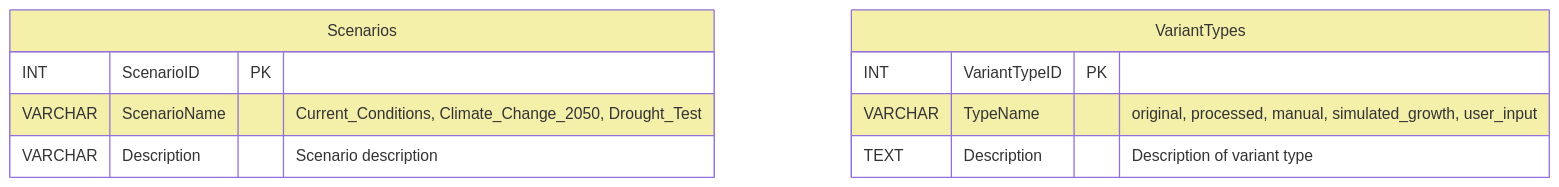
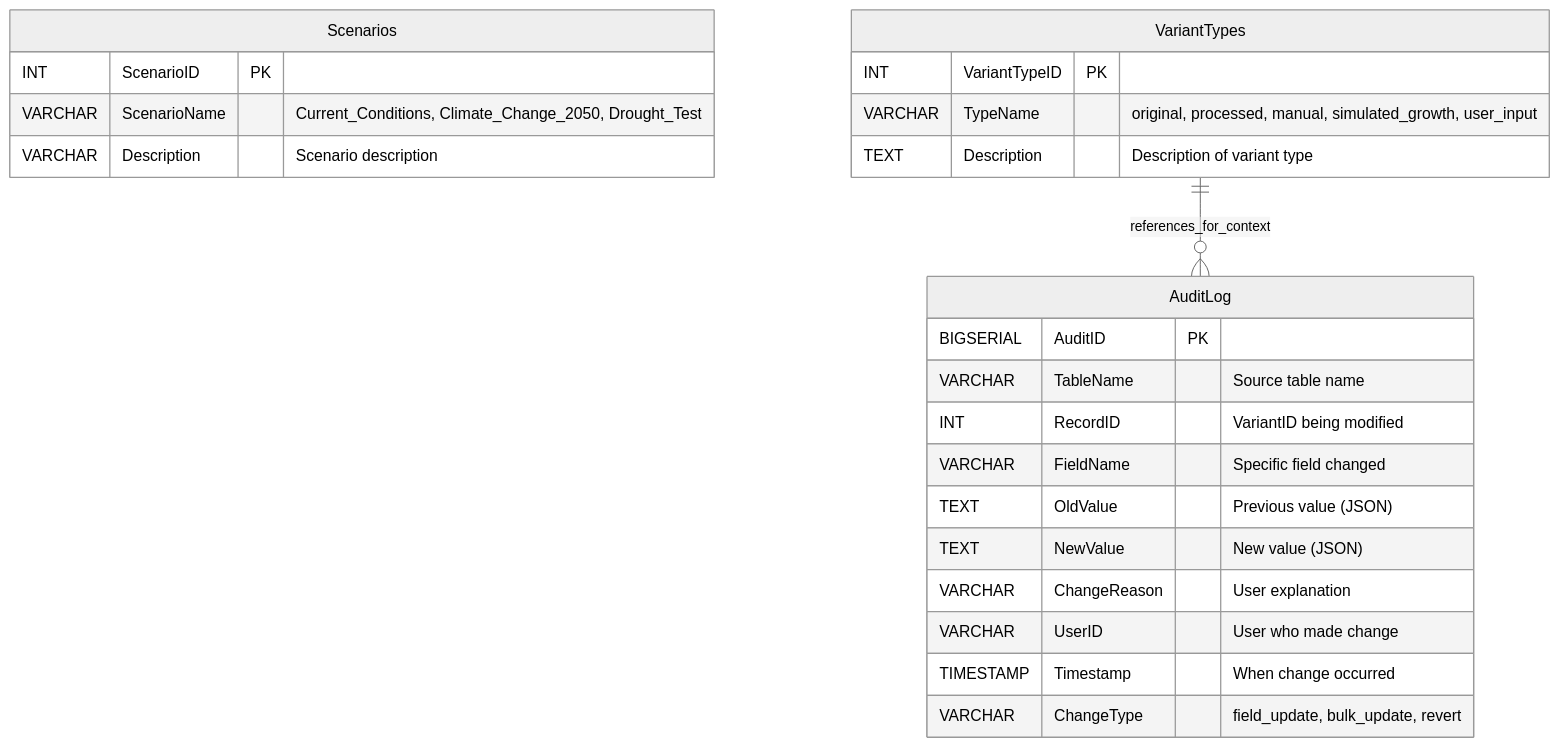
Before and after one commit to XRFutureForests/digital-twin-db: the fourth of 8 diagrams in docs/architecture/database.md, drawn with Mermaid. The commit also changed other lines of this file and 3 other files, not shown here.

Commit message:
adds audit log to the design

````diff
--- a/docs/architecture/database.md
+++ b/docs/architecture/database.md
@@ -132,17 +138,32 @@
 ```mermaid
+%%{init: {
+  "theme": "neutral"
+}}%%
 erDiagram
     Scenarios {
         INT ScenarioID PK
         VARCHAR ScenarioName "Current_Conditions, Climate_Change_2050, Drought_Test"
         VARCHAR Description "Scenario description"
     }
 
     VariantTypes {
         INT VariantTypeID PK
         VARCHAR TypeName "original, processed, manual, simulated_growth, user_input"
         TEXT Description "Description of variant type"
     }
 
-    classDef table fill:#F4EFA9
-    class Scenarios,VariantTypes table
+    AuditLog {
+        BIGSERIAL AuditID PK
+        VARCHAR TableName "Source table name"
+        INT RecordID "VariantID being modified"
+        VARCHAR FieldName "Specific field changed"
+        TEXT OldValue "Previous value (JSON)"
+        TEXT NewValue "New value (JSON)"
+        VARCHAR ChangeReason "User explanation"
+        VARCHAR UserID "User who made change"
+        TIMESTAMP Timestamp "When change occurred"
+        VARCHAR ChangeType "field_update, bulk_update, revert"
+    }
+
+    VariantTypes ||--o{ AuditLog : references_for_context
 ```
````
